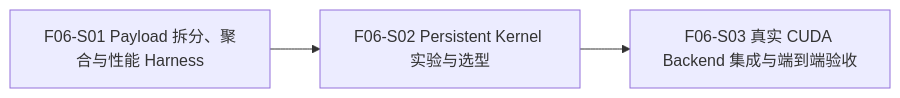
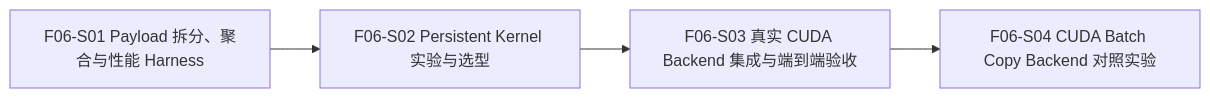
Before and after one commit to xuOAO/ugdr: the second of 2 diagrams in docs/v1_docs/F06_Persistent_GPU_Kernel_与真实_GPU_Copy/F06_Persistent_GPU_Kernel_与真实_GPU_Copy_功能文档.md, drawn with Mermaid. The commit also changed other lines of this file and 9 other files, not shown here.

````diff
--- a/docs/v1_docs/F06_Persistent_GPU_Kernel_与真实_GPU_Copy/F06_Persistent_GPU_Kernel_与真实_GPU_Copy_功能文档.md
+++ b/docs/v1_docs/F06_Persistent_GPU_Kernel_与真实_GPU_Copy/F06_Persistent_GPU_Kernel_与真实_GPU_Copy_功能文档.md
@@ -88,5 +96,6 @@
 ```mermaid
 flowchart LR
     S01[F06-S01 Payload 拆分、聚合与性能 Harness] --> S02[F06-S02 Persistent Kernel 实验与选型]
     S02 --> S03[F06-S03 真实 CUDA Backend 集成与端到端验收]
+    S03 --> S04[F06-S04 CUDA Batch Copy Backend 对照实验]
 ```
````
